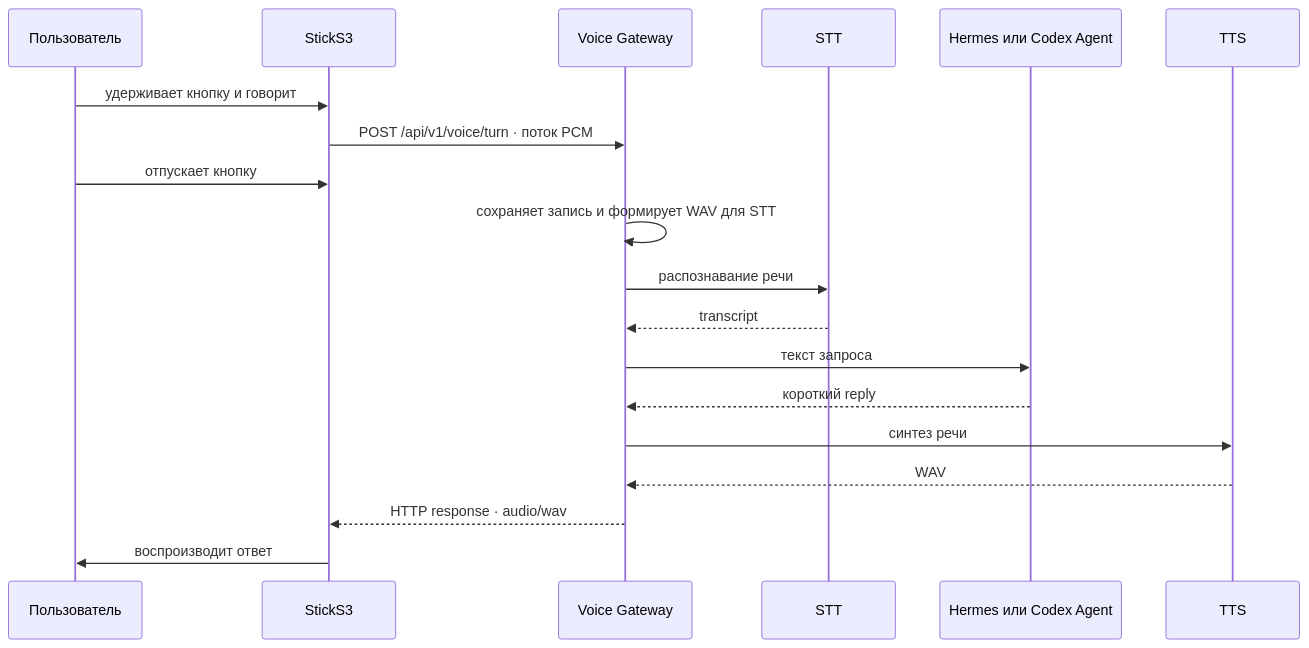
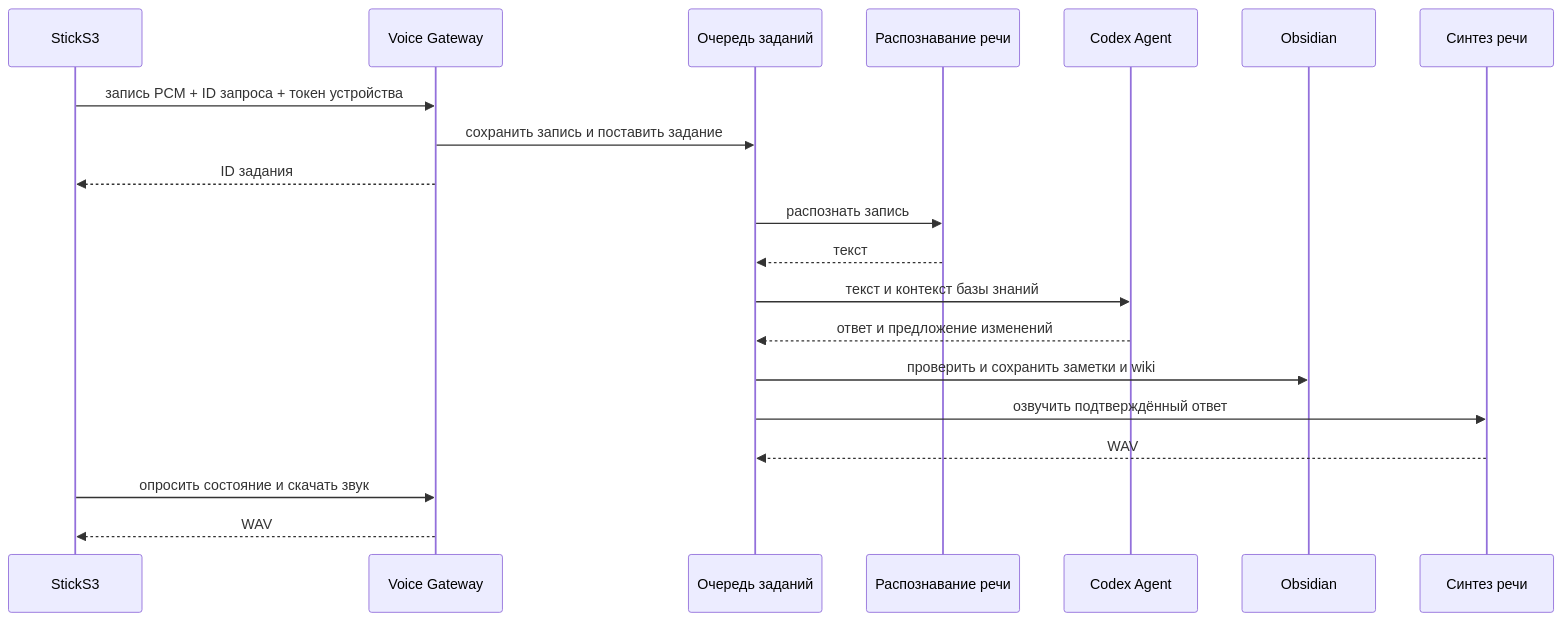
One commit to pastukhov/zateya changed the second of 2 diagrams in docs/architecture.md. Above: the diagram before and after it, drawn with Mermaid. The commit also changed other lines of this file and 42 other files, not shown here.

Commit message:
refactor: use one unversioned voice API and current Zateya docs

````diff
--- a/docs/architecture.md
+++ b/docs/architecture.md
@@ -43,21 +28,22 @@
 ```mermaid
 sequenceDiagram
-    participant U as Пользователь
     participant D as StickS3
     participant G as Voice Gateway
-    participant S as STT
-    participant A as Hermes или Codex Agent
-    participant T as TTS
-    U->>D: удерживает кнопку и говорит
-    D->>G: POST /api/v1/voice/turn · поток PCM
-    U->>D: отпускает кнопку
-    G->>G: сохраняет запись и формирует WAV для STT
-    G->>S: распознавание речи
-    S-->>G: transcript
-    G->>A: текст запроса
-    A-->>G: короткий reply
-    G->>T: синтез речи
-    T-->>G: WAV
-    G-->>D: HTTP response · audio/wav
-    D->>U: воспроизводит ответ
+    participant Q as Очередь заданий
+    participant S as Распознавание речи
+    participant C as Codex Agent
+    participant O as Obsidian
+    participant T as Синтез речи
+    D->>G: запись PCM + ID запроса + токен устройства
+    G->>Q: сохранить запись и поставить задание
+    G-->>D: ID задания
+    Q->>S: распознать запись
+    S-->>Q: текст
+    Q->>C: текст и контекст базы знаний
+    C-->>Q: ответ и предложение изменений
+    Q->>O: проверить и сохранить заметки и wiki
+    Q->>T: озвучить подтверждённый ответ
+    T-->>Q: WAV
+    D->>G: опросить состояние и скачать звук
+    G-->>D: WAV
 ```
````
